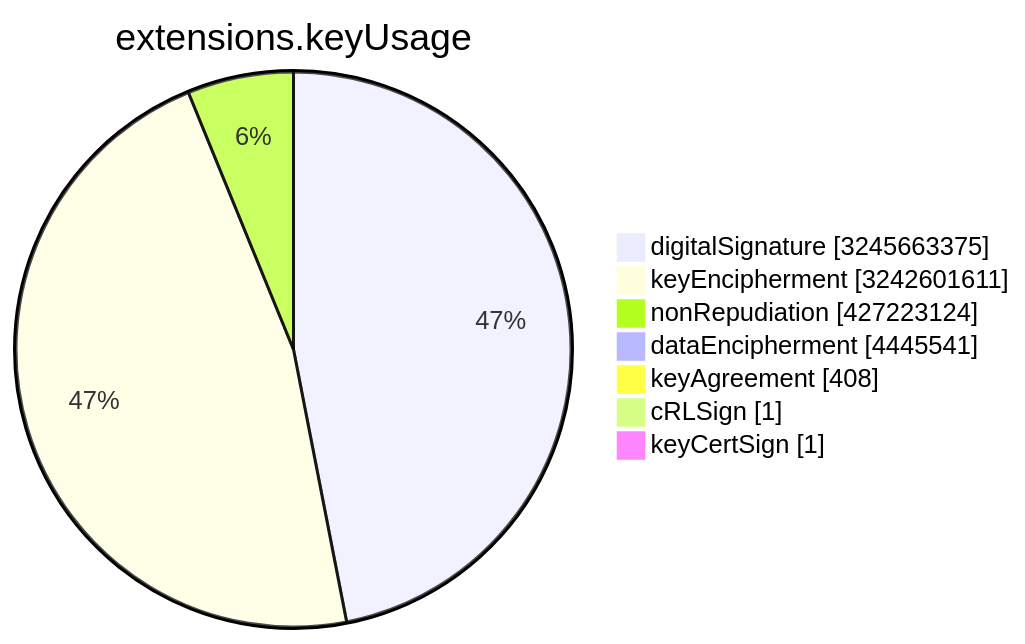
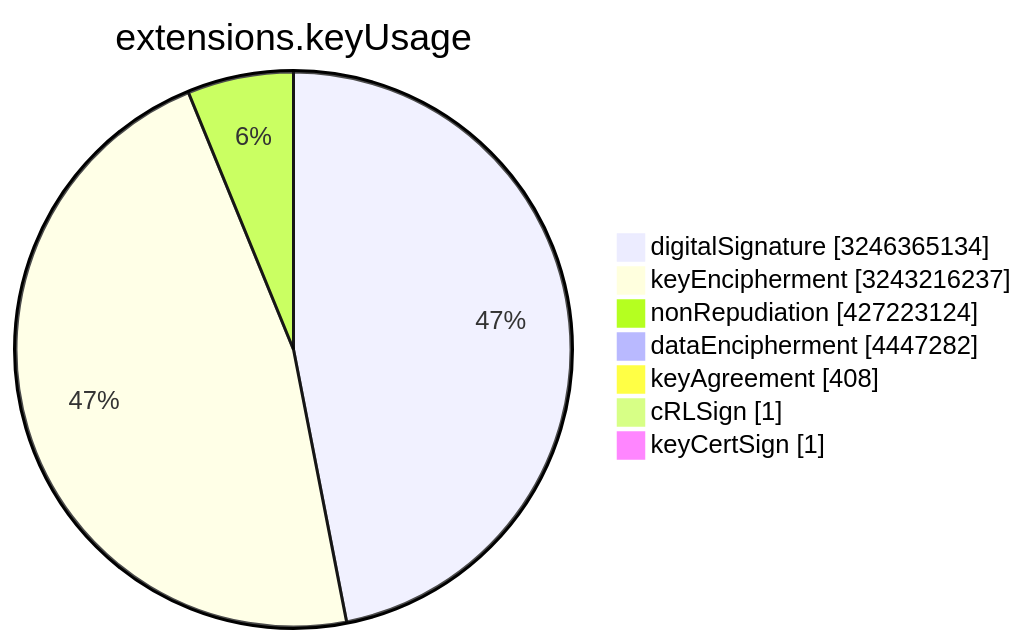
One commit to christiankrug/ctmonitor_visualization changed the sixth of 15 diagrams in TOTAL/README.md. Above: the diagram before and after it, drawn with Mermaid. The commit also changed other lines of this file, not shown here.

````diff
--- a/TOTAL/README.md
+++ b/TOTAL/README.md
@@ -3077,11 +3077,11 @@
 ```mermaid
 pie showData
 title extensions.keyUsage
-"digitalSignature" :3245663375
-"keyEncipherment" :3242601611
+"digitalSignature" :3246365134
+"keyEncipherment" :3243216237
 "nonRepudiation" :427223124
-"dataEncipherment" :4445541
+"dataEncipherment" :4447282
 "keyAgreement" :408
 "cRLSign" :1
 "keyCertSign" :1
 ```
````
